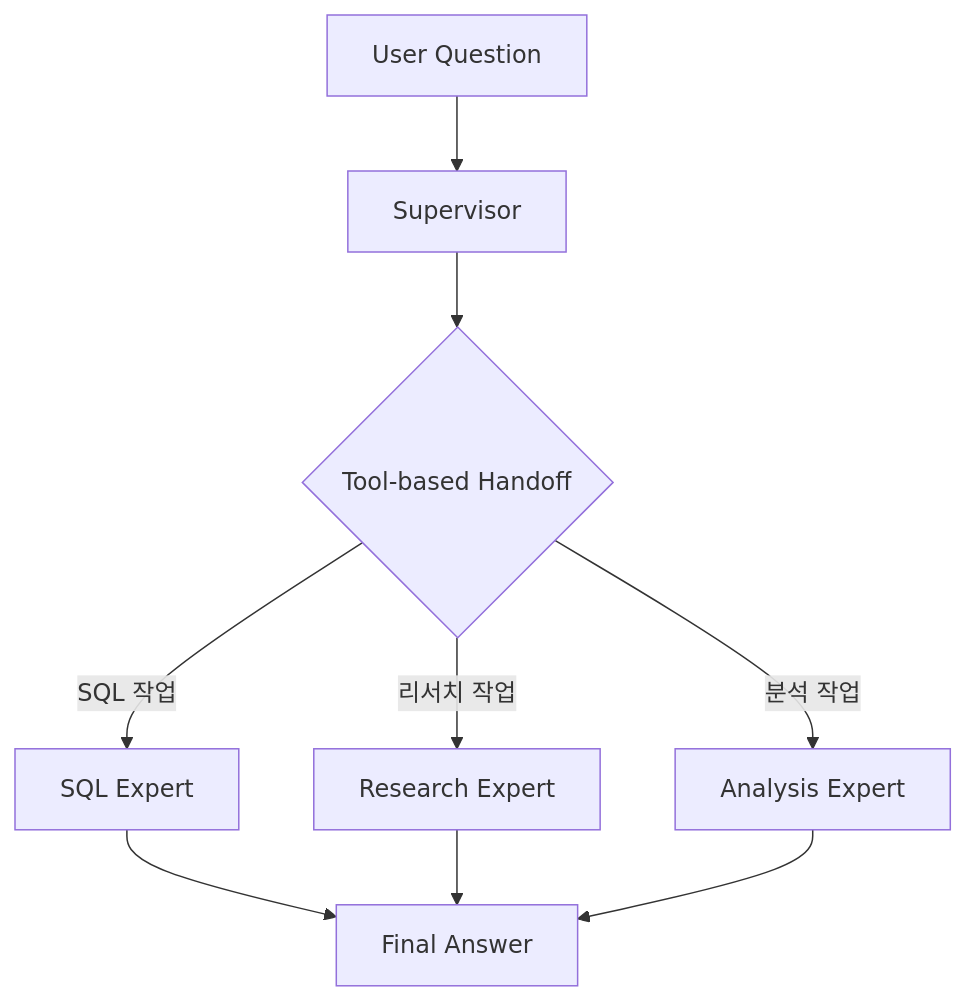
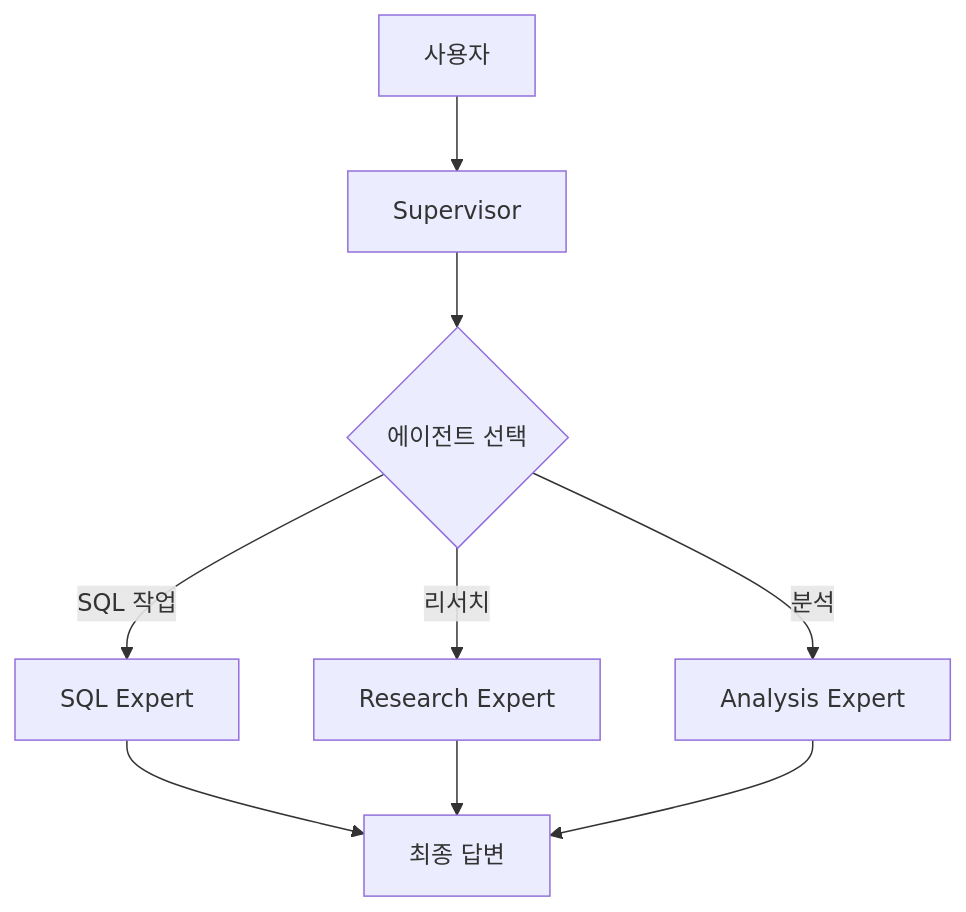
One commit to pic123123/python-fastapi-text2sql-demo changed the diagram in docs/walkthrough.md. Above: the diagram before and after it, drawn with Mermaid. The commit also changed other lines of this file and 4 other files, not shown here.

````diff
--- a/docs/walkthrough.md
+++ b/docs/walkthrough.md
@@ -13,11 +5,11 @@
 ```mermaid
 graph TD
-    A[User Question] --> B[Supervisor]
-    B --> C{Tool-based Handoff}
+    A[사용자] --> B[Supervisor]
+    B --> C{에이전트 선택}
     C -->|SQL 작업| D[SQL Expert]
-    C -->|리서치 작업| E[Research Expert]
-    C -->|분석 작업| F[Analysis Expert]
-    D --> G[Final Answer]
+    C -->|리서치| E[Research Expert]
+    C -->|분석| F[Analysis Expert]
+    D --> G[최종 답변]
     E --> G
     F --> G
 ```
````
